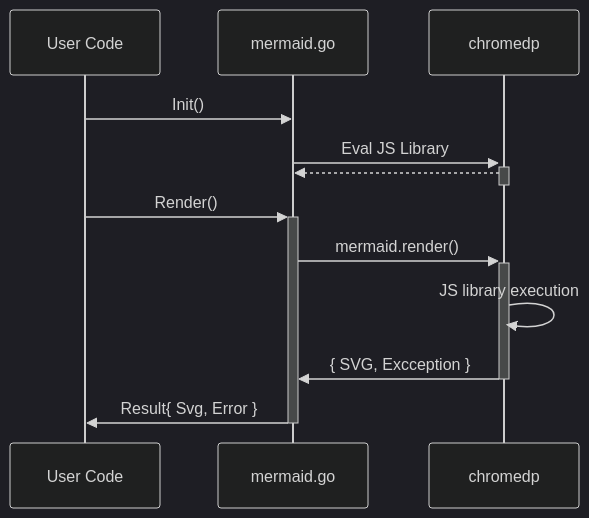
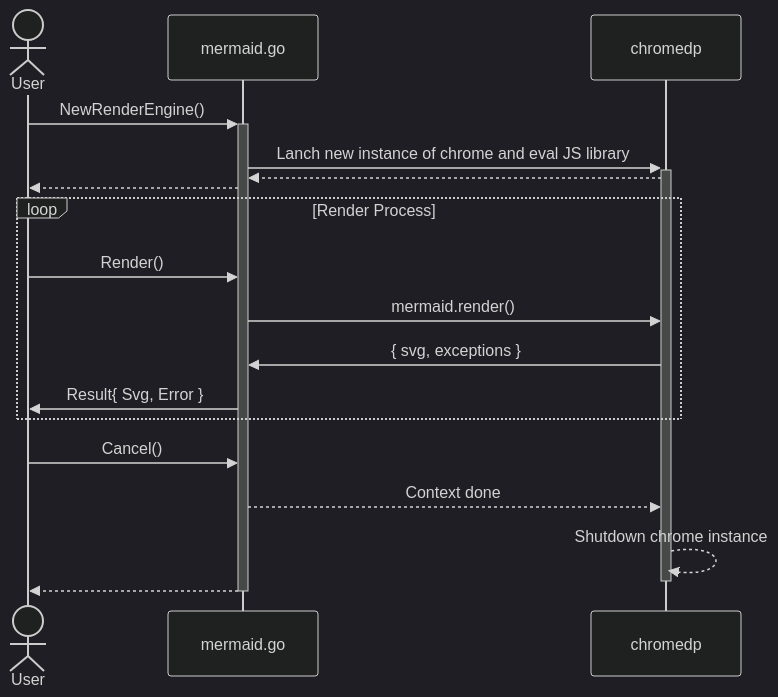
Before and after one commit to dreampuf/mermaid.go: the diagram in README.md, drawn with Mermaid (dark theme). The commit also changed other lines of this file and 2 other files, not shown here.

Commit message:
Update result of Render()

````diff
--- a/README.md
+++ b/README.md
@@ -5,16 +5,23 @@
 ```mermaid
 sequenceDiagram
-    participant A as User Code
+    Actor A as User
     participant B as mermaid.go
     participant C as chromedp
 
-    A ->> B: Init()
-    B ->>+ C: Eval JS Library
-    C -->>- B: 
+    A ->>+ B: NewRenderEngine()
+    B ->>+ C: Lanch new instance of chrome and eval JS library
+    C -->> B: 
+    B -->> A: 
+    
+    loop Render Process
+        A ->> B: Render()
+        B ->> C: mermaid.render()
+        C ->> B: { svg, exceptions }
+        B ->> A: Result{ Svg, Error }
+    end
 
-    A ->>+ B: Render()
-    B ->>+ C: mermaid.render()
-    C ->> C: JS library execution
-    C ->>- B: { SVG, Excception }
-    B ->>- A: Result{ Svg, Error }
+    A ->> B: Cancel()
+    B -->> C: Context done
+    C -->>- C: Shutdown chrome instance
+    B -->>- A: 
 ```
````
